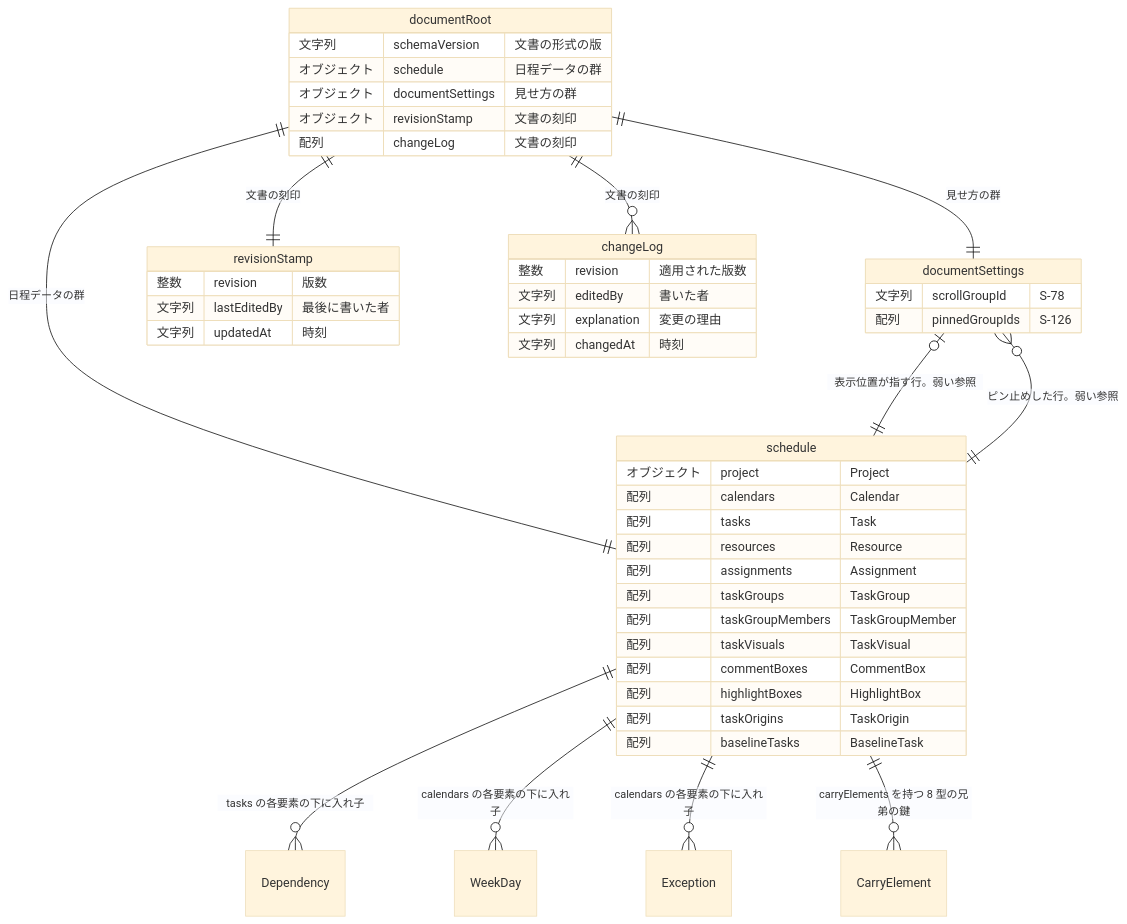
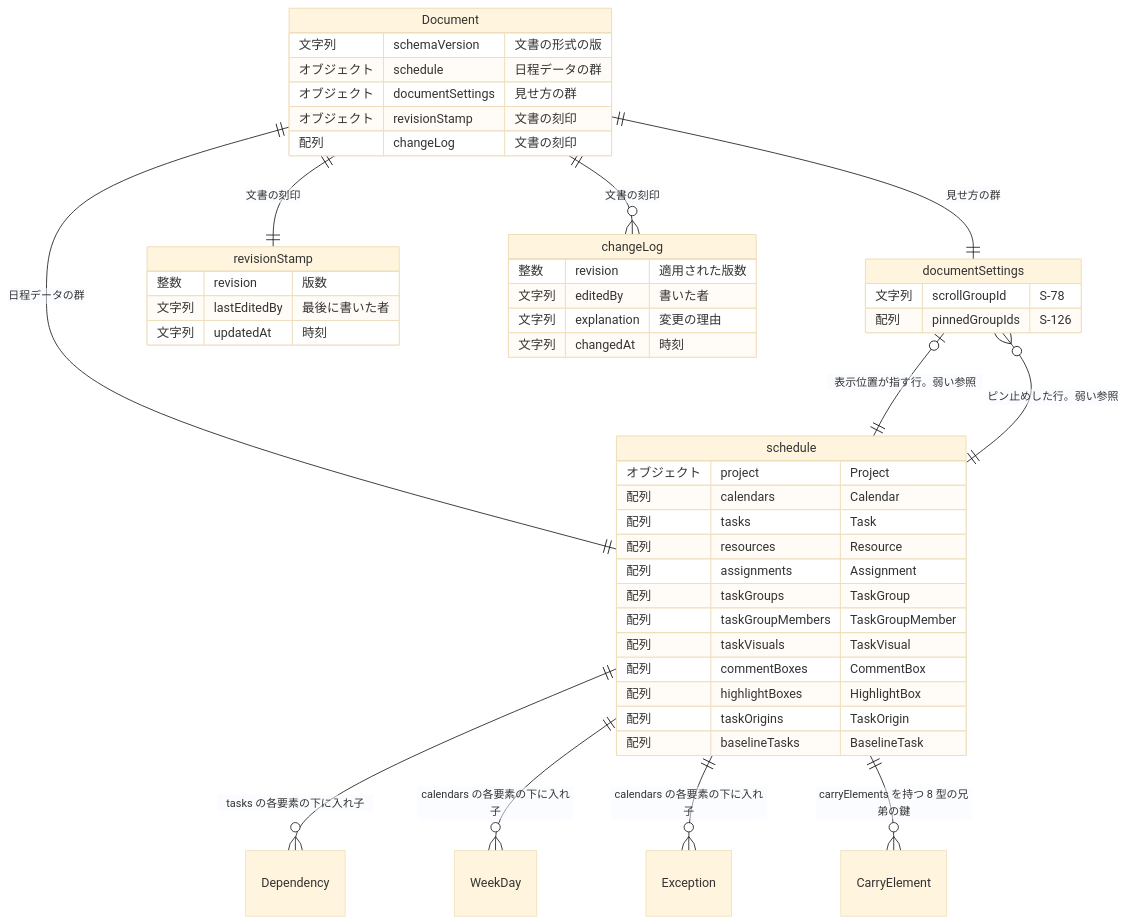
Before and after one commit to GoodRelax/gr-scheduler: the diagram in docs/spec/_assets/fig-erd-overview.md, drawn with Mermaid (base theme). The commit also changed 15 other files, not shown here.

````diff
--- a/docs/spec/_assets/fig-erd-overview.md
+++ b/docs/spec/_assets/fig-erd-overview.md
@@ -15,54 +15,54 @@
 ```mermaid
 ---
 config:
   er:
     entityPadding: 6
 ---
 erDiagram
-    documentRoot {
+    Document {
         文字列 schemaVersion "文書の形式の版"
         オブジェクト schedule "日程データの群"
         オブジェクト documentSettings "見せ方の群"
         オブジェクト revisionStamp "文書の刻印"
         配列 changeLog "文書の刻印"
     }
     schedule {
         オブジェクト project "Project"
         配列 calendars "Calendar"
         配列 tasks "Task"
         配列 resources "Resource"
         配列 assignments "Assignment"
         配列 taskGroups "TaskGroup"
         配列 taskGroupMembers "TaskGroupMember"
         配列 taskVisuals "TaskVisual"
         配列 commentBoxes "CommentBox"
         配列 highlightBoxes "HighlightBox"
         配列 taskOrigins "TaskOrigin"
         配列 baselineTasks "BaselineTask"
     }
     documentSettings {
         文字列 scrollGroupId "S-78"
         配列 pinnedGroupIds "S-126"
     }
     revisionStamp {
         整数 revision "版数"
         文字列 lastEditedBy "最後に書いた者"
         文字列 updatedAt "時刻"
     }
     changeLog {
         整数 revision "適用された版数"
         文字列 editedBy "書いた者"
         文字列 explanation "変更の理由"
         文字列 changedAt "時刻"
     }
-    documentRoot ||--|| schedule : "日程データの群"
-    documentRoot ||--|| documentSettings : "見せ方の群"
-    documentRoot ||--|| revisionStamp : "文書の刻印"
-    documentRoot ||--o{ changeLog : "文書の刻印"
+    Document ||--|| schedule : "日程データの群"
+    Document ||--|| documentSettings : "見せ方の群"
+    Document ||--|| revisionStamp : "文書の刻印"
+    Document ||--o{ changeLog : "文書の刻印"
     schedule ||--o{ Dependency : "tasks の各要素の下に入れ子"
     schedule ||--o{ WeekDay : "calendars の各要素の下に入れ子"
     schedule ||--o{ Exception : "calendars の各要素の下に入れ子"
     schedule ||--o{ CarryElement : "carryElements を持つ 8 型の兄弟の鍵"
     documentSettings |o--|| schedule : "表示位置が指す行。弱い参照"
     documentSettings }o--|| schedule : "ピン止めした行。弱い参照"
 ```
````
